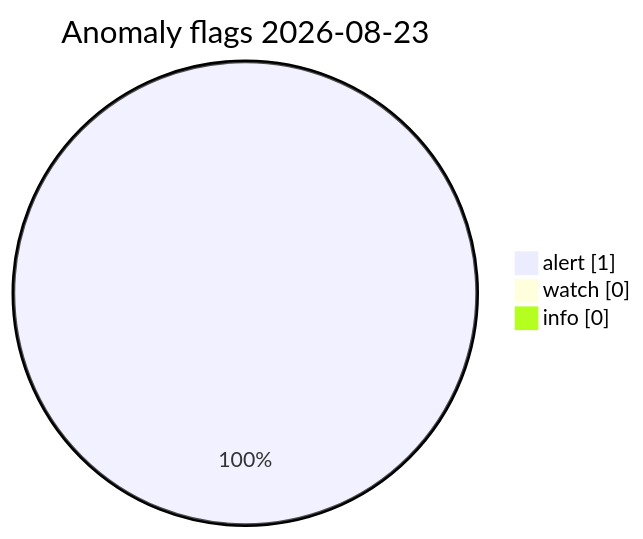
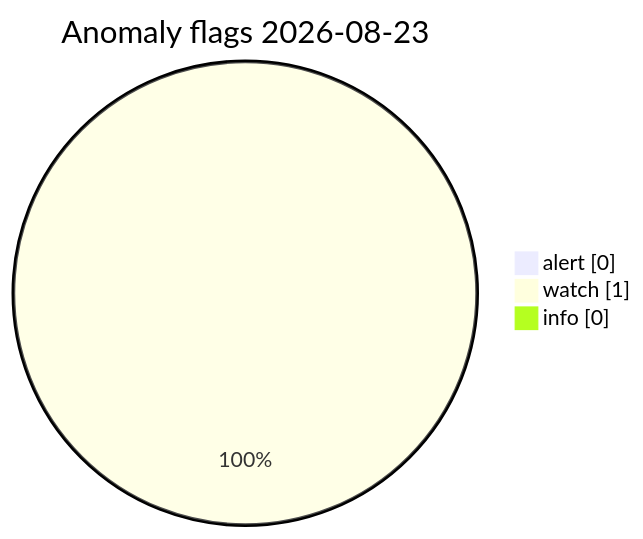
Before and after one commit to Midwest-Stratospheric/Unified-Open-Global-Weather: the diagram in visuals/2026-08-23/CHARTS.md, drawn with Mermaid. The commit also changed other lines of this file and 11 other files, not shown here.

Commit message:
data(visuals): automated charts 2026-08-23T10:02Z

````diff
--- a/visuals/2026-08-23/CHARTS.md
+++ b/visuals/2026-08-23/CHARTS.md
@@ -73,7 +73,7 @@
 ```mermaid
 pie showData
   title Anomaly flags 2026-08-23
-  "alert" : 1
-  "watch" : 0
+  "alert" : 0
+  "watch" : 1
   "info" : 0
 ```
````
